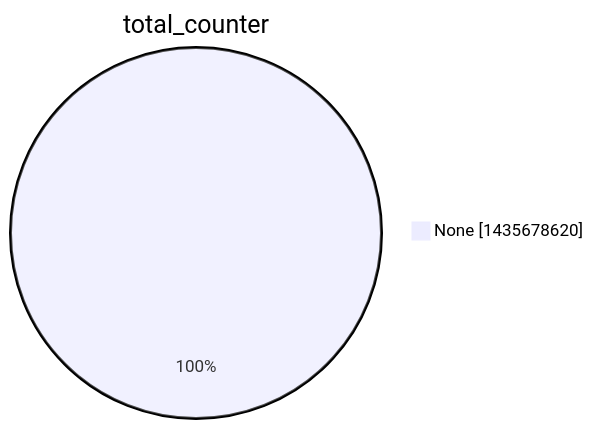
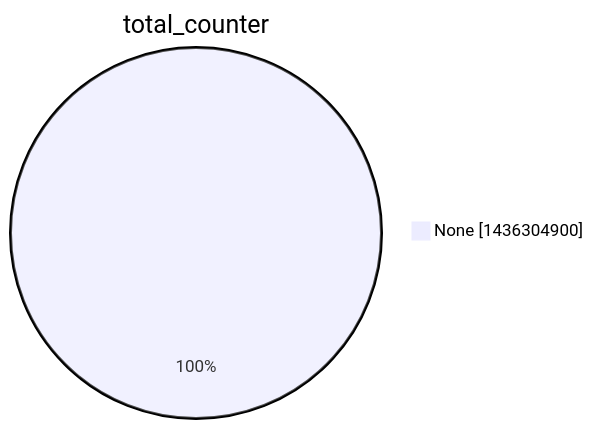
One commit to christiankrug/ctmonitor_visualization changed the second of 15 diagrams in argon2022/README.md. Above: the diagram before and after it, drawn with Mermaid. The commit also changed other lines of this file, not shown here.

````diff
--- a/argon2022/README.md
+++ b/argon2022/README.md
@@ -9,5 +9,5 @@
 ```mermaid
 pie showData
 title total_counter
-"None" :1435678620
+"None" :1436304900
 ```
````
